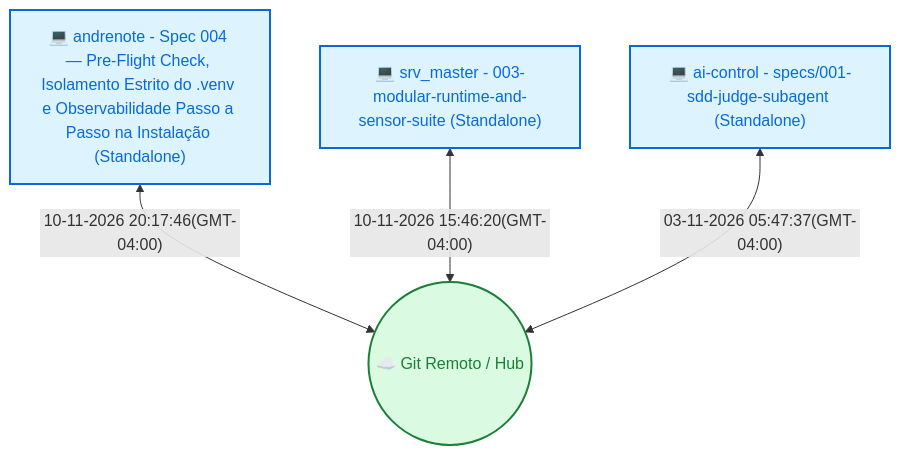
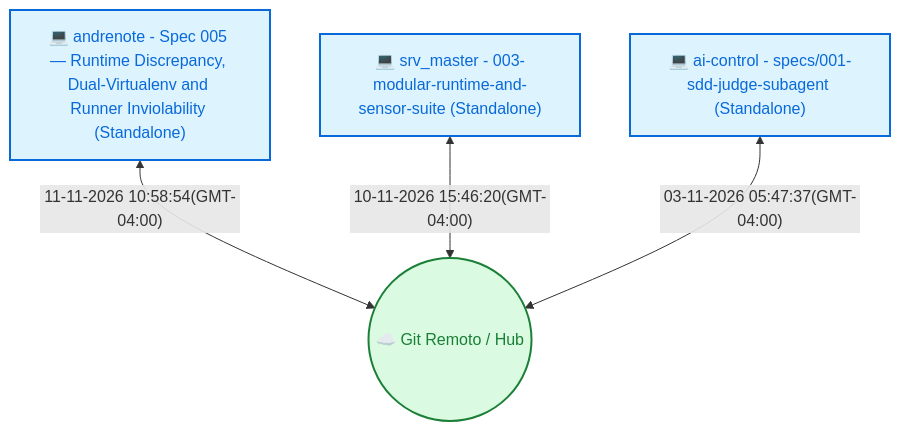
Before and after one commit to andreticba/vitalia-spec-kit-context: the diagram in README.md, drawn with Mermaid. The commit also changed other lines of this file and 11 other files, not shown here.

````diff
--- a/README.md
+++ b/README.md
@@ -21,14 +21,14 @@
 ```mermaid
 flowchart TD
   Cloud(("☁️ Git Remoto / Hub"))
-  M_7f367bd3["💻 andrenote - Spec 004 — Pre-Flight Check, Isolamento Estrito do .venv e Observabilidade Passo a Passo na Instalação (Standalone)"]
-  M_7f367bd3 <-->|"10-11-2026 20:17:46(GMT-04:00)"| Cloud
+  M_7f367bd3["💻 andrenote - Spec 005 — Runtime Discrepancy, Dual-Virtualenv and Runner Inviolability (Standalone)"]
+  M_7f367bd3 <-->|"11-11-2026 10:58:54(GMT-04:00)"| Cloud
   style M_7f367bd3 stroke:#0969da,stroke-width:2px,fill:#ddf4ff,color:#0969da
   M_eb10269b["💻 srv_master - 003-modular-runtime-and-sensor-suite (Standalone)"]
   M_eb10269b <-->|"10-11-2026 15:46:20(GMT-04:00)"| Cloud
   style M_eb10269b stroke:#0969da,stroke-width:2px,fill:#ddf4ff,color:#0969da
   M_17a6f667["💻 ai-control - specs/001-sdd-judge-subagent (Standalone)"]
   M_17a6f667 <-->|"03-11-2026 05:47:37(GMT-04:00)"| Cloud
   style M_17a6f667 stroke:#0969da,stroke-width:2px,fill:#ddf4ff,color:#0969da
   style Cloud stroke:#1a7f37,stroke-width:2px,fill:#dafbe1,color:#1a7f37
 ```
````
